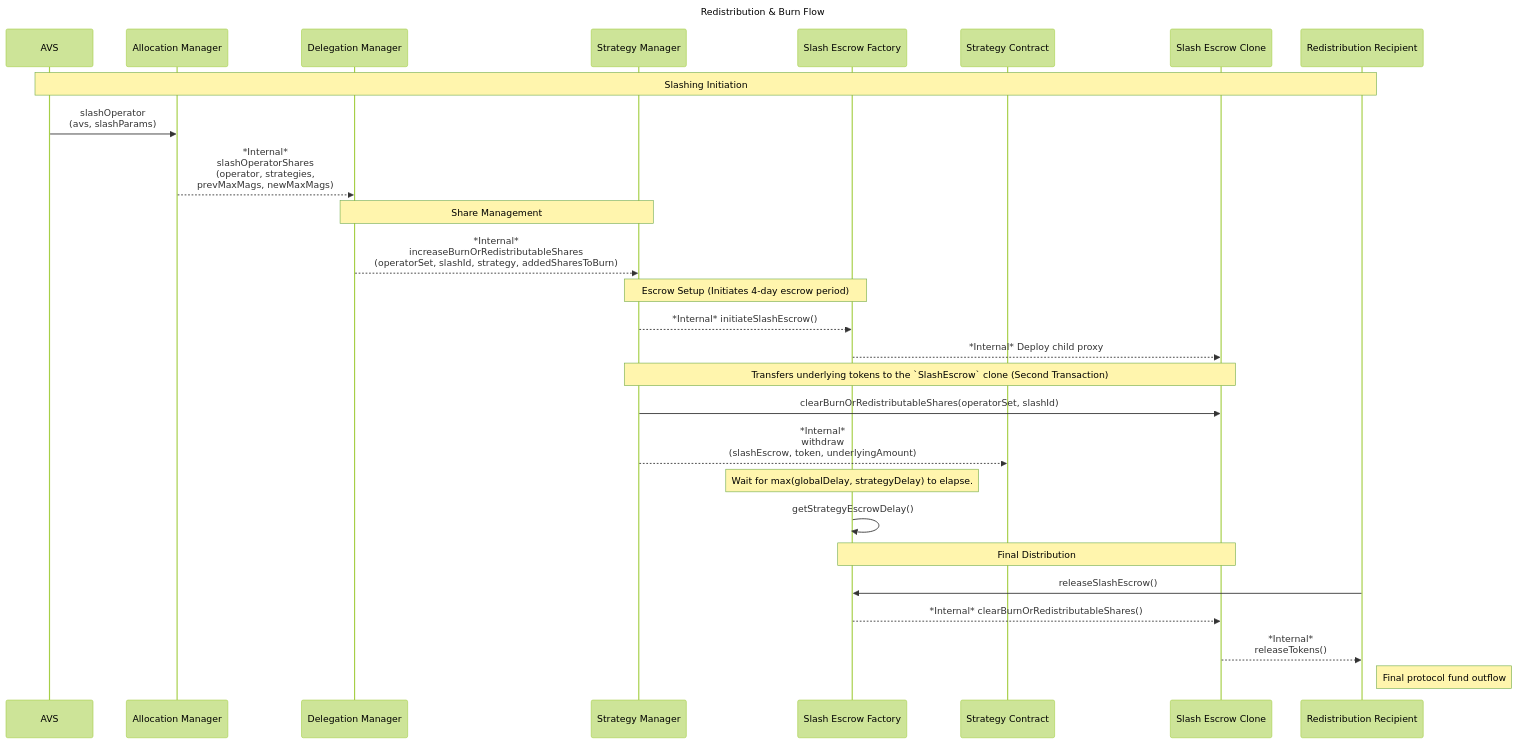
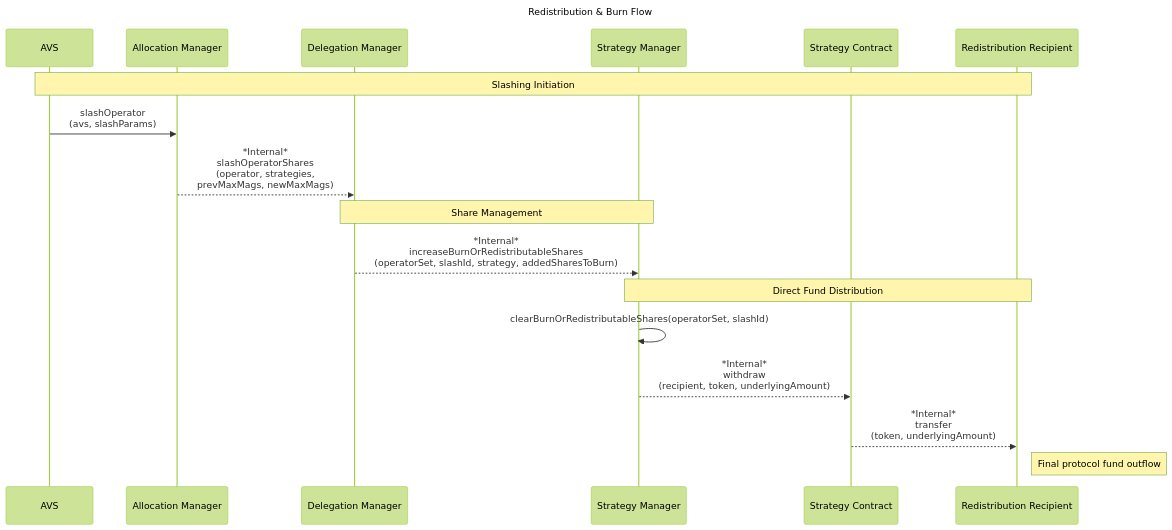
One commit to eigenfoundation/ELIPs changed the diagram in ELIPs/ELIP-006.md. Above: the diagram before and after it, drawn with Mermaid (forest theme). The commit also changed other lines of this file, not shown here.

First line of the commit message:
Remove delay and slash escrow. add AVS advisory and rounding analysis (#44)

````diff
--- a/ELIPs/ELIP-006.md
+++ b/ELIPs/ELIP-006.md
@@ -236,35 +234,23 @@
 ```mermaid
 sequenceDiagram
     title Redistribution & Burn Flow
 
     participant AVS as AVS
     participant ALM as Allocation Manager
     participant DM as Delegation Manager
     participant SM as Strategy Manager
-    participant SEF as Slash Escrow Factory
     participant STR as Strategy Contract
-    participant CL as Slash Escrow Clone
     participant RR as Redistribution Recipient
 
     Note over AVS,RR: Slashing Initiation
     AVS->>ALM: slashOperator<br>(avs, slashParams)
     ALM-->>DM: *Internal* <br>slashOperatorShares<br>(operator, strategies,<br> prevMaxMags, newMaxMags)
     Note over DM,SM: Share Management
     DM-->>SM: *Internal*<br>increaseBurnOrRedistributableShares<br>(operatorSet, slashId, strategy, addedSharesToBurn)
-    Note over SM,SEF: Escrow Setup (Initiates 4-day escrow period)
-    SM-->>SEF: *Internal* initiateSlashEscrow()
-    SEF-->>CL: *Internal* Deploy child proxy
     
-    Note over SM,CL: Transfers underlying tokens to the `SlashEscrow` clone (Second Transaction)
-    SM->>CL: clearBurnOrRedistributableShares(operatorSet, slashId)
-    SM-->>STR: *Internal*<br>withdraw<br>(slashEscrow, token, underlyingAmount)
-    
-    Note over SEF,SEF: Wait for max(globalDelay, strategyDelay) to elapse.
-    SEF->>SEF: getStrategyEscrowDelay()
-    
-    Note over SEF,CL: Final Distribution
-    RR ->>SEF: releaseSlashEscrow()
-    SEF-->>CL: *Internal* clearBurnOrRedistributableShares()
-    CL-->>RR: *Internal* <br>releaseTokens()
+    Note over SM,RR: Direct Fund Distribution
+    SM->>SM: clearBurnOrRedistributableShares(operatorSet, slashId)
+    SM-->>STR: *Internal*<br>withdraw<br>(recipient, token, underlyingAmount)
+    STR-->>RR: *Internal*<br>transfer<br>(token, underlyingAmount)
     Note right of RR: Final protocol fund outflow
 ```
````
